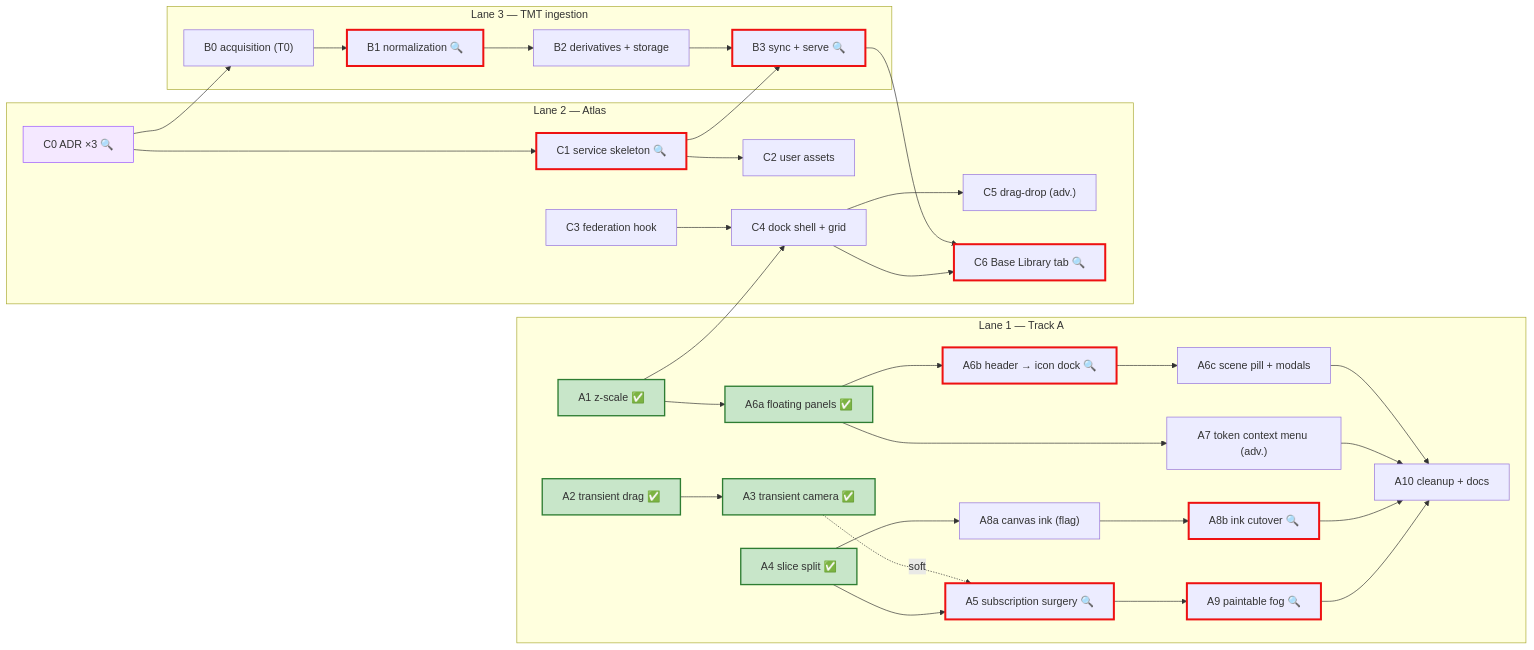
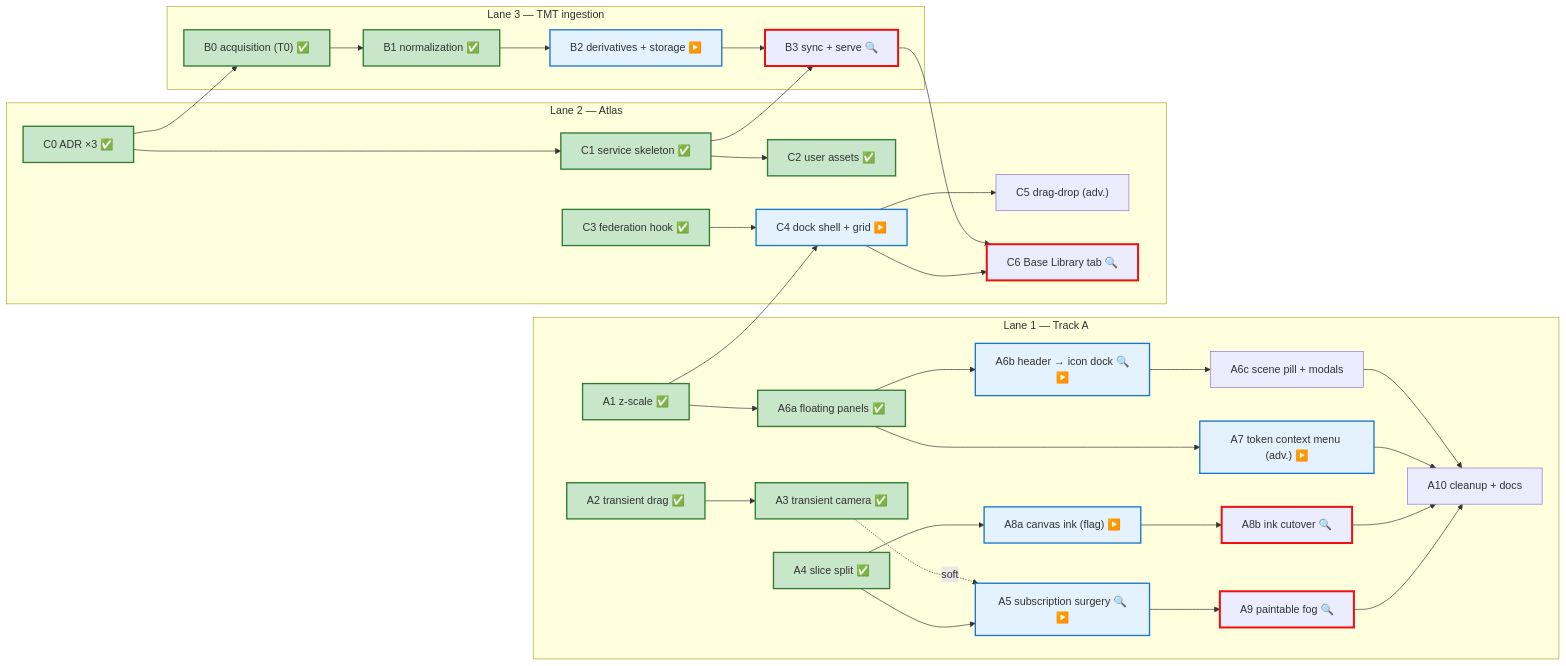
Before and after one commit to joelmale/nexusVTT: the diagram in docs/roadmap/ROADMAP.md, drawn with Mermaid. The commit also changed other lines of this file and 31 other files, not shown here.

````diff
--- a/docs/roadmap/ROADMAP.md
+++ b/docs/roadmap/ROADMAP.md
@@ -40,56 +40,57 @@
 ```mermaid
 flowchart LR
   classDef gate stroke:#e11,stroke-width:3px
   classDef adr fill:#f4e8ff,stroke:#95f
   classDef done fill:#c8e6c9,stroke:#2e7d32,stroke-width:2px
+  classDef ready fill:#e3f2fd,stroke:#1976d2,stroke-width:2px
 
   subgraph LaneA["Lane 1 — Track A"]
     A1["A1 z-scale ✅"]:::done
     A2["A2 transient drag ✅"]:::done
     A3["A3 transient camera ✅"]:::done
     A4["A4 slice split ✅"]:::done
-    A5["A5 subscription surgery 🔍"]:::gate
+    A5["A5 subscription surgery 🔍▶️"]:::ready
     A6a["A6a floating panels ✅"]:::done
-    A6b["A6b header → icon dock 🔍"]:::gate
+    A6b["A6b header → icon dock 🔍▶️"]:::ready
     A6c["A6c scene pill + modals"]
-    A7["A7 token context menu (adv.)"]
-    A8a["A8a canvas ink (flag)"]
+    A7["A7 token context menu (adv.) ▶️"]:::ready
+    A8a["A8a canvas ink (flag) ▶️"]:::ready
     A8b["A8b ink cutover 🔍"]:::gate
     A9["A9 paintable fog 🔍"]:::gate
     A10["A10 cleanup + docs"]
   end
 
   subgraph LaneC["Lane 2 — Atlas"]
-    C0["C0 ADR ×3 🔍"]:::adr
-    C1["C1 service skeleton 🔍"]:::gate
-    C2["C2 user assets"]
-    C3["C3 federation hook"]
-    C4["C4 dock shell + grid"]
+    C0["C0 ADR ×3 ✅"]:::done
+    C1["C1 service skeleton ✅"]:::done
+    C2["C2 user assets ✅"]:::done
+    C3["C3 federation hook ✅"]:::done
+    C4["C4 dock shell + grid ▶️"]:::ready
     C5["C5 drag-drop (adv.)"]
     C6["C6 Base Library tab 🔍"]:::gate
   end
 
   subgraph LaneB["Lane 3 — TMT ingestion"]
-    B0["B0 acquisition (T0)"]
-    B1["B1 normalization 🔍"]:::gate
-    B2["B2 derivatives + storage"]
+    B0["B0 acquisition (T0) ✅"]:::done
+    B1["B1 normalization ✅"]:::done
+    B2["B2 derivatives + storage ▶️"]:::ready
     B3["B3 sync + serve 🔍"]:::gate
   end
 
   A2 --> A3
   A3 -.soft.-> A5
   A4 --> A5
   A1 --> A6a --> A6b --> A6c
   A6a --> A7
   A4 --> A8a --> A8b
   A5 --> A9
   A6c & A7 & A8b & A9 --> A10
 
   C0 --> C1 --> C2
   C0 --> B0 --> B1 --> B2 --> B3
   C1 --> B3
   C3 --> C4 --> C5
   A1 --> C4
   B3 --> C6
   C4 --> C6
 ```
````
